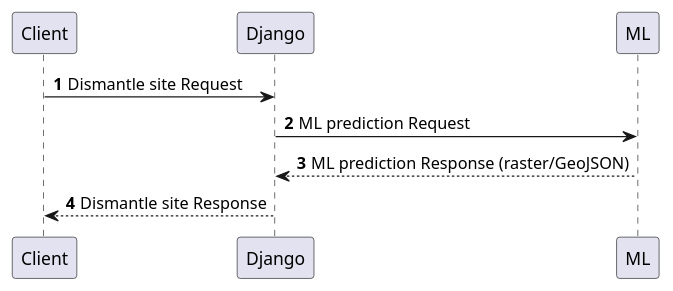
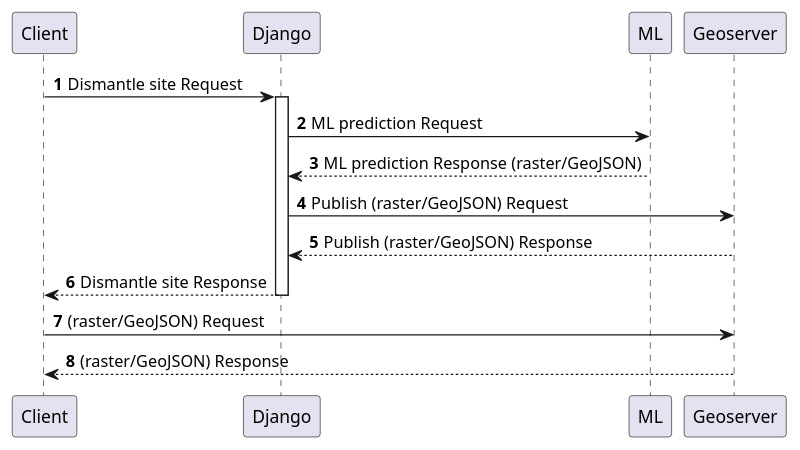
The diagram in interface agreement/scenarios/coveragePrediction.puml (romser1337/djangoREST), drawn with PlantUML before and after one commit.

Commit message:
IA update

```diff
--- a/interface agreement/scenarios/coveragePrediction.puml
+++ b/interface agreement/scenarios/coveragePrediction.puml
@@ -1,16 +1,24 @@
 @startuml
 'https://plantuml.com/sequence-diagram
 
 autonumber
 
 participant Client as cl
 participant Django as dj
 participant ML as ml
+participant Geoserver as gs
 
 cl -> dj: Dismantle site Request
+activate dj
 dj -> ml: ML prediction Request
 dj <-- ml: ML prediction Response (raster/GeoJSON)
+dj -> gs: Publish (raster/GeoJSON) Request
+dj <-- gs: Publish (raster/GeoJSON) Response
 cl <-- dj: Dismantle site Response
+deactivate dj
+cl -> gs: (raster/GeoJSON) Request
+cl <-- gs: (raster/GeoJSON) Response
+
 
 
 @enduml
```
